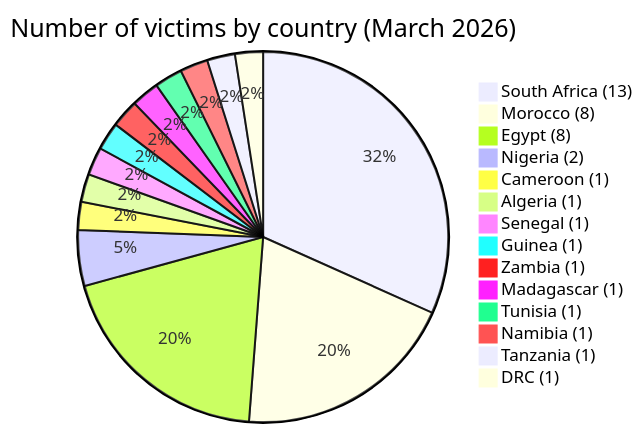
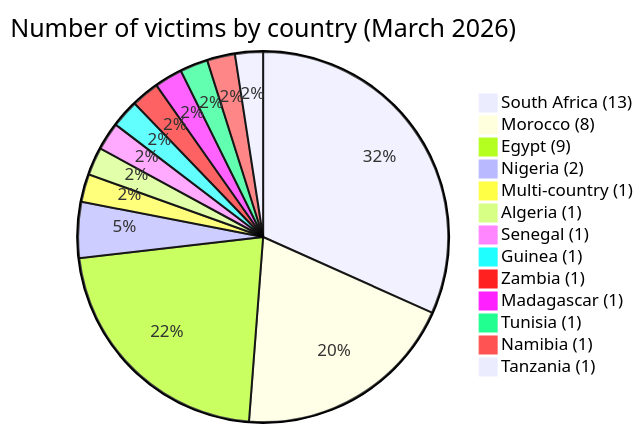
The first of 5 diagrams in CyberAttackAfrica/2026/03-march/README.md (Hatchepsoute/AFRINTEL), drawn with Mermaid before and after one commit. The commit also changed other lines of this file and 255 other files, not shown here.

````diff
--- a/CyberAttackAfrica/2026/03-march/README.md
+++ b/CyberAttackAfrica/2026/03-march/README.md
@@ -62,18 +61,17 @@
 ```mermaid
 pie
  title Number of victims by country (March 2026)
  "South Africa (13)" : 13
  "Morocco (8)" : 8
- "Egypt (8)" : 8
+ "Egypt (9)" : 9
  "Nigeria (2)" : 2
- "Cameroon (1)" : 1
+ "Multi-country (1)" : 1
  "Algeria (1)" : 1
  "Senegal (1)" : 1
  "Guinea (1)" : 1
  "Zambia (1)" : 1
  "Madagascar (1)" : 1
  "Tunisia (1)" : 1
  "Namibia (1)" : 1
  "Tanzania (1)" : 1
- "DRC (1)" : 1
 ```
````
